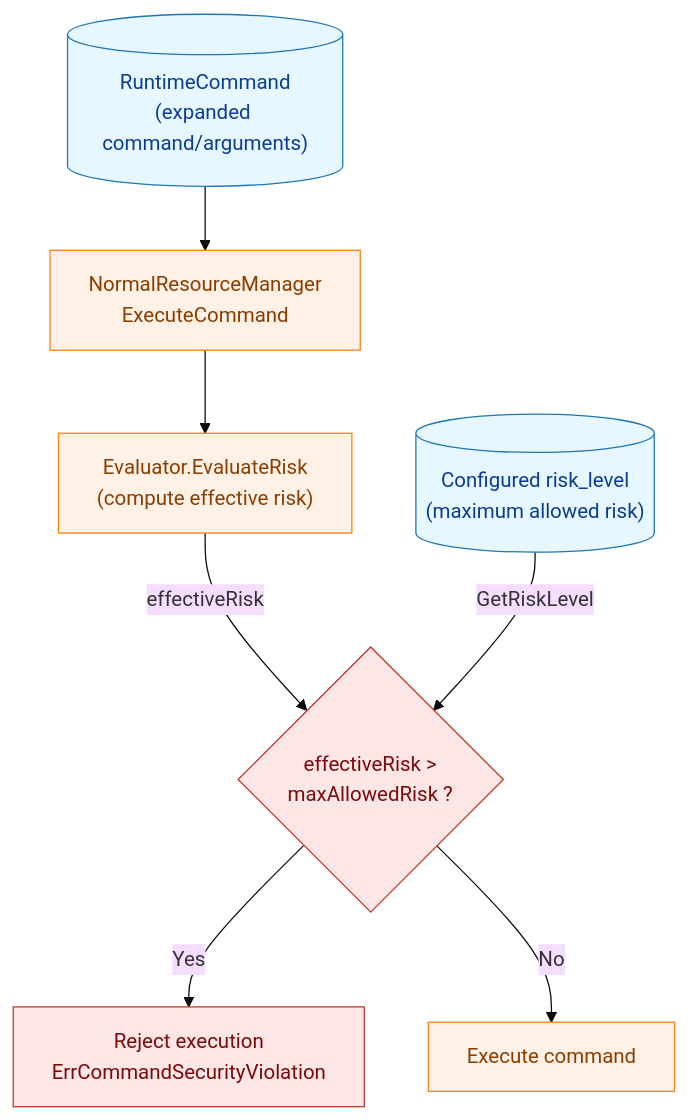
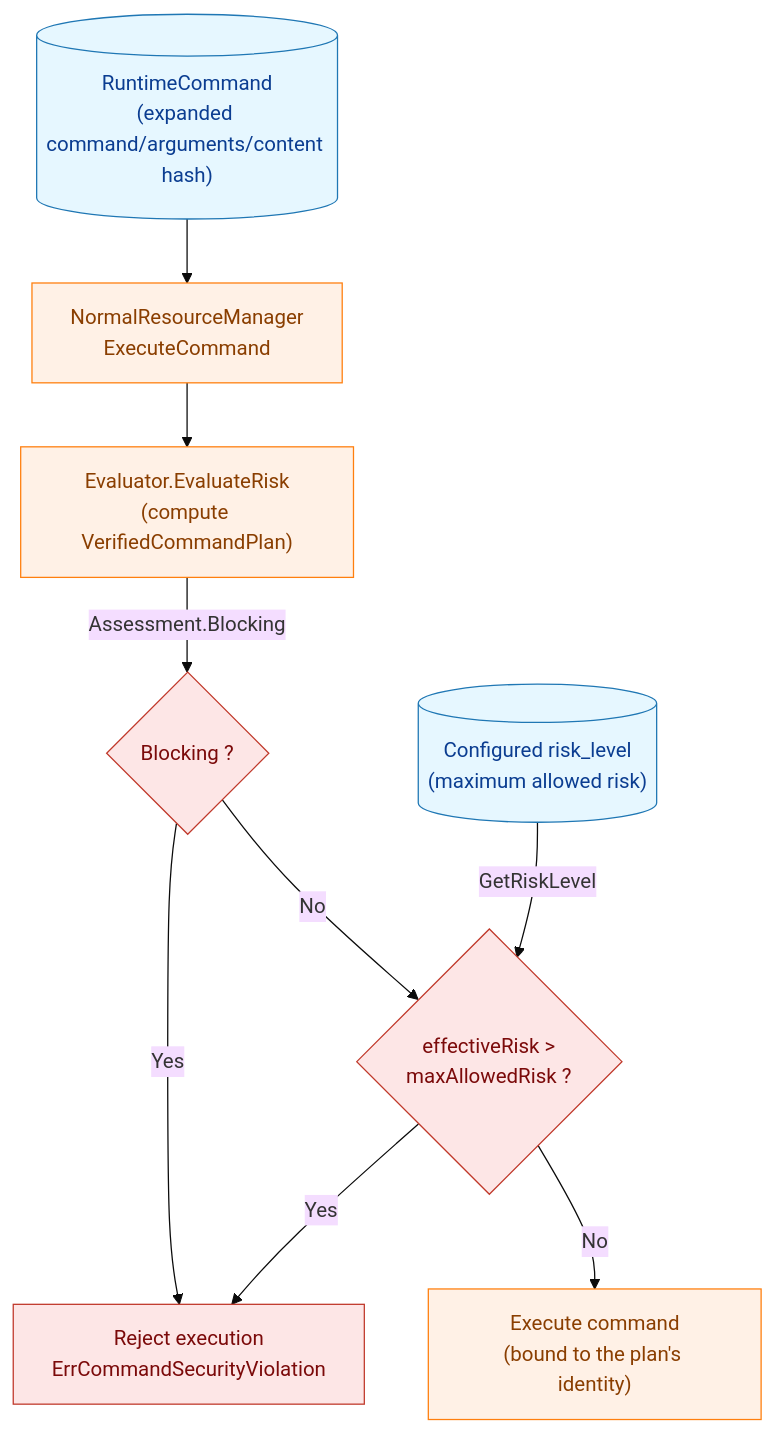
The second of 5 diagrams in docs/dev/architecture_design/command-risk-evaluation.md (isseis/go-safe-cmd-runner), drawn with Mermaid (base theme) before and after one commit. The commit also changed other lines of this file, not shown here.

First line of the commit message:
docs: update command risk evaluation guide (English translation)

````diff
--- a/docs/dev/architecture_design/command-risk-evaluation.md
+++ b/docs/dev/architecture_design/command-risk-evaluation.md
@@ -60,18 +64,20 @@
 ```mermaid
 flowchart TD
     classDef data fill:#e6f7ff,stroke:#1f77b4,stroke-width:1px,color:#0b3d91;
     classDef process fill:#fff1e6,stroke:#ff7f0e,stroke-width:1px,color:#8a3e00;
     classDef decision fill:#fde6e6,stroke:#c0392b,stroke-width:1px,color:#7b0a0a;
 
-    A[("RuntimeCommand<br>(expanded command/arguments)")] --> B["NormalResourceManager<br>ExecuteCommand"]
-    B --> C["Evaluator.EvaluateRisk<br>(compute effective risk)"]
-    C -->|"effectiveRisk"| D{"effectiveRisk ><br>maxAllowedRisk ?"}
-    E[("Configured risk_level<br>(maximum allowed risk)")] -->|"GetRiskLevel"| D
-    D -->|"Yes"| F["Reject execution<br>ErrCommandSecurityViolation"]
-    D -->|"No"| G["Execute command"]
+    A[("RuntimeCommand<br>(expanded command/arguments/content hash)")] --> B["NormalResourceManager<br>ExecuteCommand"]
+    B --> C["Evaluator.EvaluateRisk<br>(compute VerifiedCommandPlan)"]
+    C -->|"Assessment.Blocking"| D1{"Blocking ?"}
+    D1 -->|"Yes"| F["Reject execution<br>ErrCommandSecurityViolation"]
+    D1 -->|"No"| D2{"effectiveRisk ><br>maxAllowedRisk ?"}
+    E[("Configured risk_level<br>(maximum allowed risk)")] -->|"GetRiskLevel"| D2
+    D2 -->|"Yes"| F
+    D2 -->|"No"| G["Execute command<br>(bound to the plan's identity)"]
 
     class A,E data;
     class B,C,G process;
-    class D decision;
+    class D1,D2 decision;
     class F decision;
 ```
````
